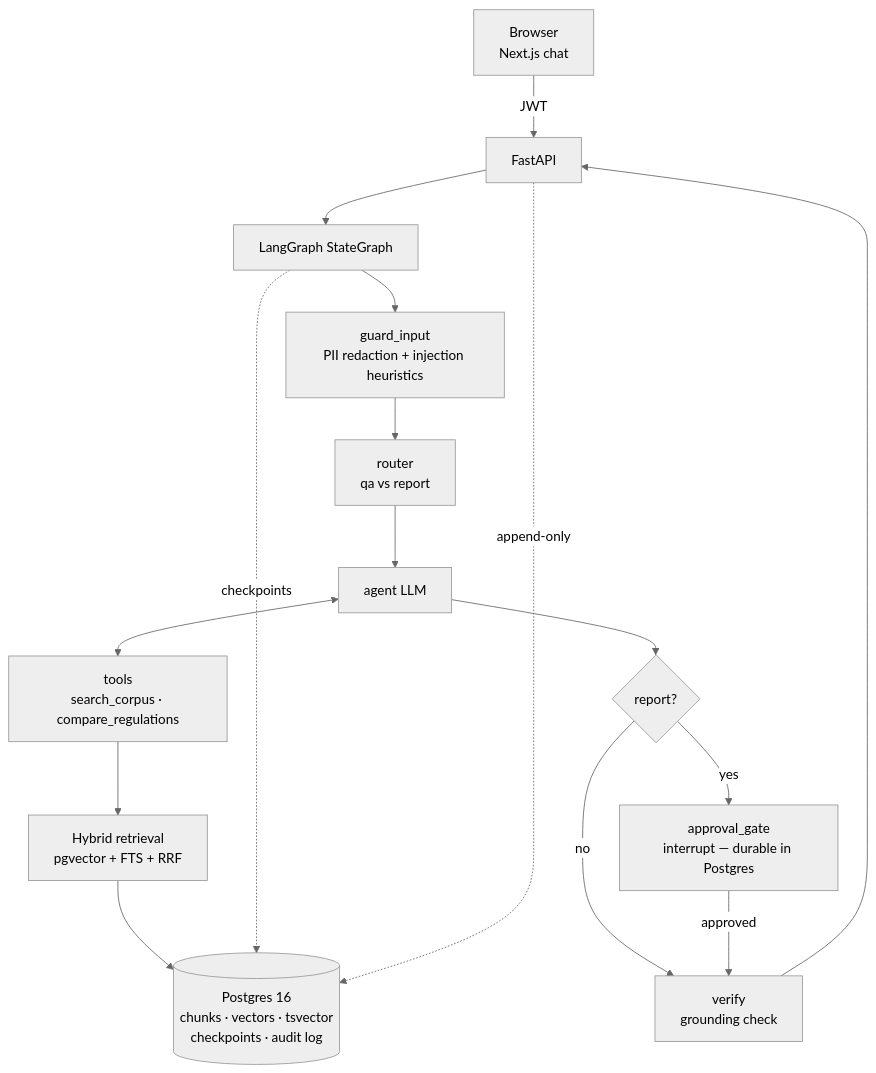
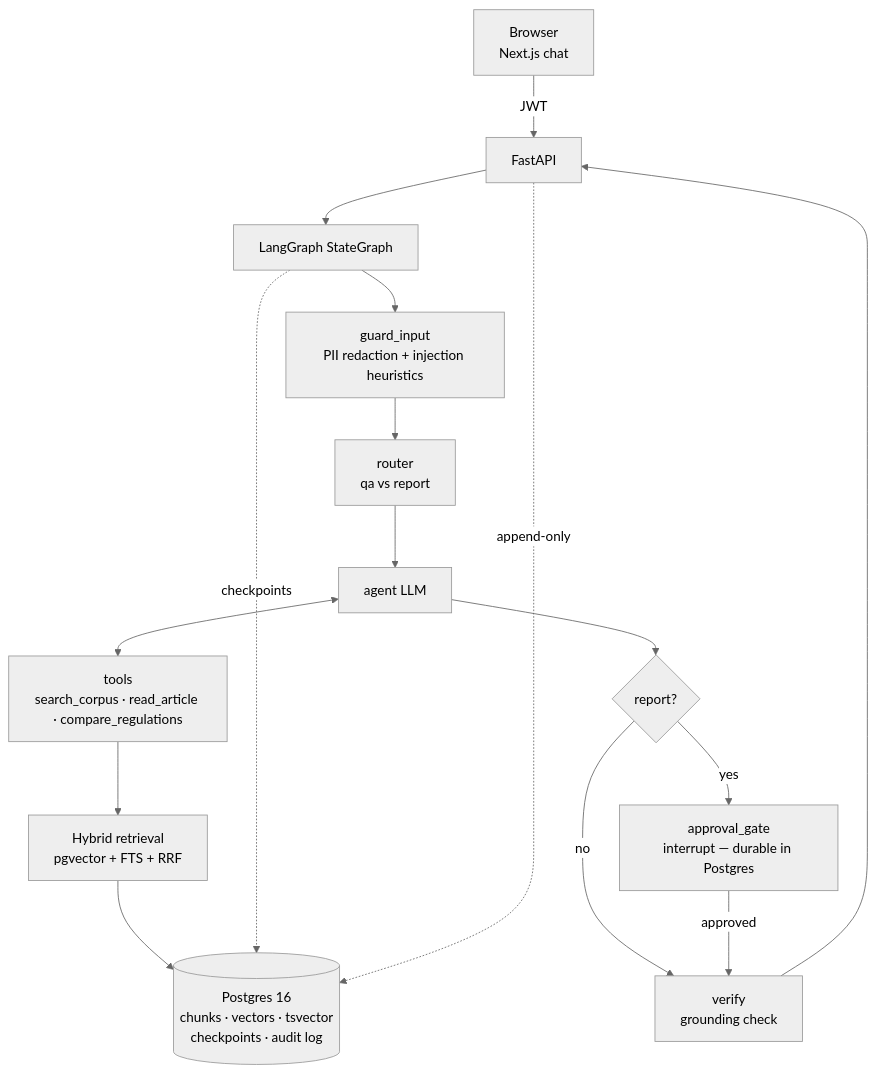
Before and after one commit to fctpe/agentic-rag-kit: the diagram in docs/architecture.md, drawn with Mermaid (neutral theme). The commit also changed 6 other files, not shown here.

````diff
--- a/docs/architecture.md
+++ b/docs/architecture.md
@@ -3,18 +3,18 @@
 ```mermaid
 flowchart TD
     U[Browser<br/>Next.js chat] -->|JWT| API[FastAPI]
     API --> G[LangGraph StateGraph]
     G --> N1[guard_input<br/>PII redaction + injection heuristics]
     N1 --> N2[router<br/>qa vs report]
     N2 --> N3[agent LLM]
-    N3 <--> T[tools<br/>search_corpus · compare_regulations]
+    N3 <--> T[tools<br/>search_corpus · read_article · compare_regulations]
     T --> R[Hybrid retrieval<br/>pgvector + FTS + RRF]
     N3 --> N4{report?}
     N4 -->|yes| N5[approval_gate<br/>interrupt — durable in Postgres]
     N4 -->|no| N6[verify<br/>grounding check]
     N5 -->|approved| N6
     N6 --> API
     R --> PG[(Postgres 16<br/>chunks · vectors · tsvector<br/>checkpoints · audit log)]
     G -.checkpoints.-> PG
     API -.append-only.-> PG
 ```
````
